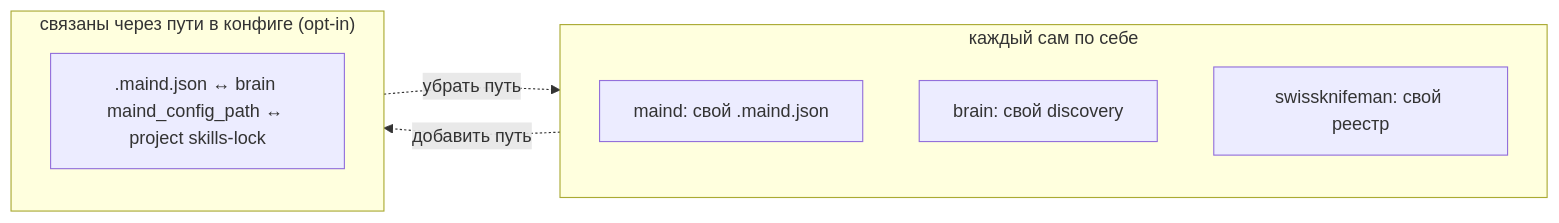
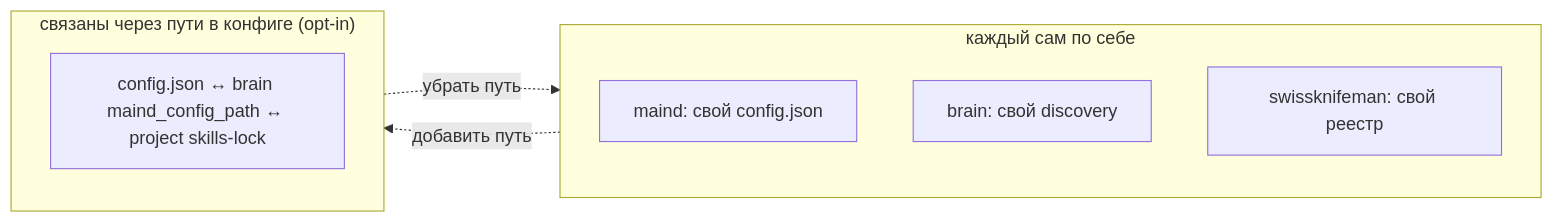
The second of 6 diagrams in packages/maind/docs/ecosystem.md (academici/swissknifeman), drawn with Mermaid before and after one commit. The commit also changed other lines of this file and 48 other files, not shown here.

First line of the commit message:
refactor(config): .maind.json → config.json в корне монорепо + обёртка Config

````diff
--- a/packages/maind/docs/ecosystem.md
+++ b/packages/maind/docs/ecosystem.md
@@ -50,13 +50,13 @@
 ```mermaid
 flowchart LR
   subgraph alone["каждый сам по себе"]
-    A1["maind: свой .maind.json"]
+    A1["maind: свой config.json"]
     A2["brain: свой discovery"]
     A3["swissknifeman: свой реестр"]
   end
   subgraph together["связаны через пути в конфиге (opt-in)"]
-    T[".maind.json ↔ brain maind_config_path ↔ project skills-lock"]
+    T["config.json ↔ brain maind_config_path ↔ project skills-lock"]
   end
   alone -. "добавить путь" .-> together
   together -. "убрать путь" .-> alone
 ```
````
